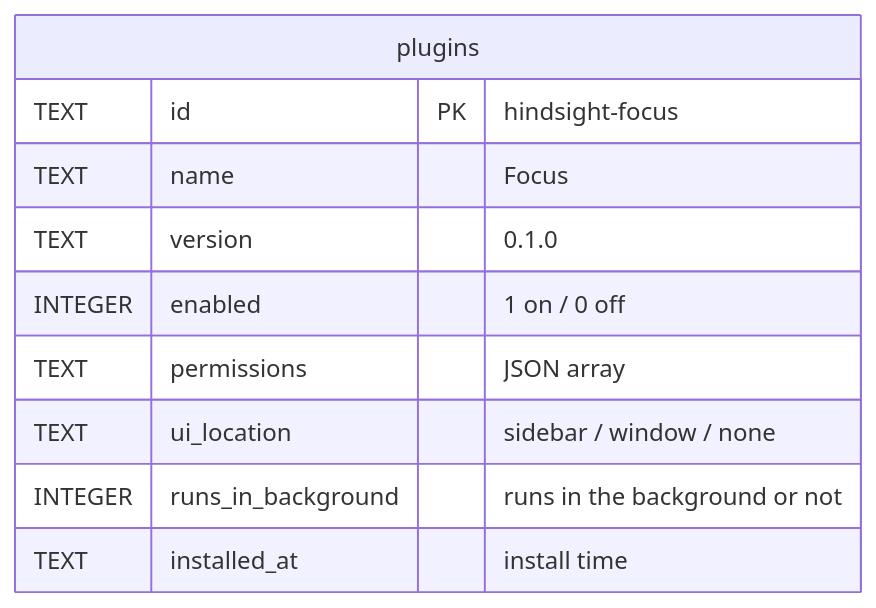
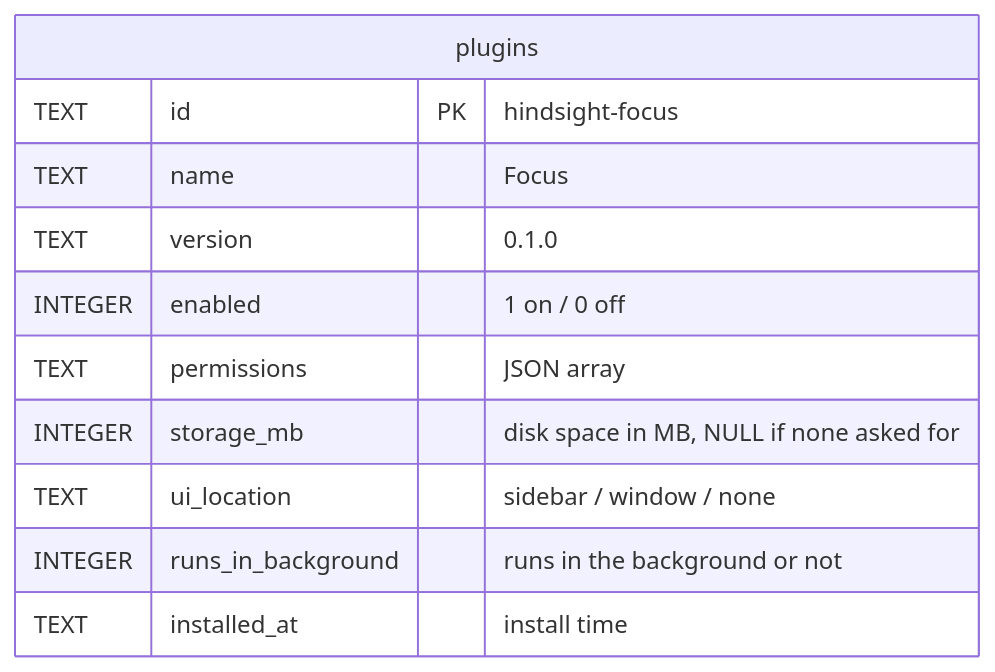
The first of 2 diagrams in docs/design/plugins/en/data.md (Tomotsugu-dev/Hindsight), drawn with Mermaid before and after one commit. The commit also changed other lines of this file and 9 other files, not shown here.

First line of the commit message:
docs(plugins): design plugin databases and their disk space

````diff
--- a/docs/design/plugins/en/data.md
+++ b/docs/design/plugins/en/data.md
@@ -12,13 +12,14 @@
 ```mermaid
 erDiagram
   plugins {
     TEXT id PK "hindsight-focus"
     TEXT name "Focus"
     TEXT version "0.1.0"
     INTEGER enabled "1 on / 0 off"
     TEXT permissions "JSON array"
+    INTEGER storage_mb "disk space in MB, NULL if none asked for"
     TEXT ui_location "sidebar / window / none"
     INTEGER runs_in_background "runs in the background or not"
     TEXT installed_at "install time"
   }
 ```
````
